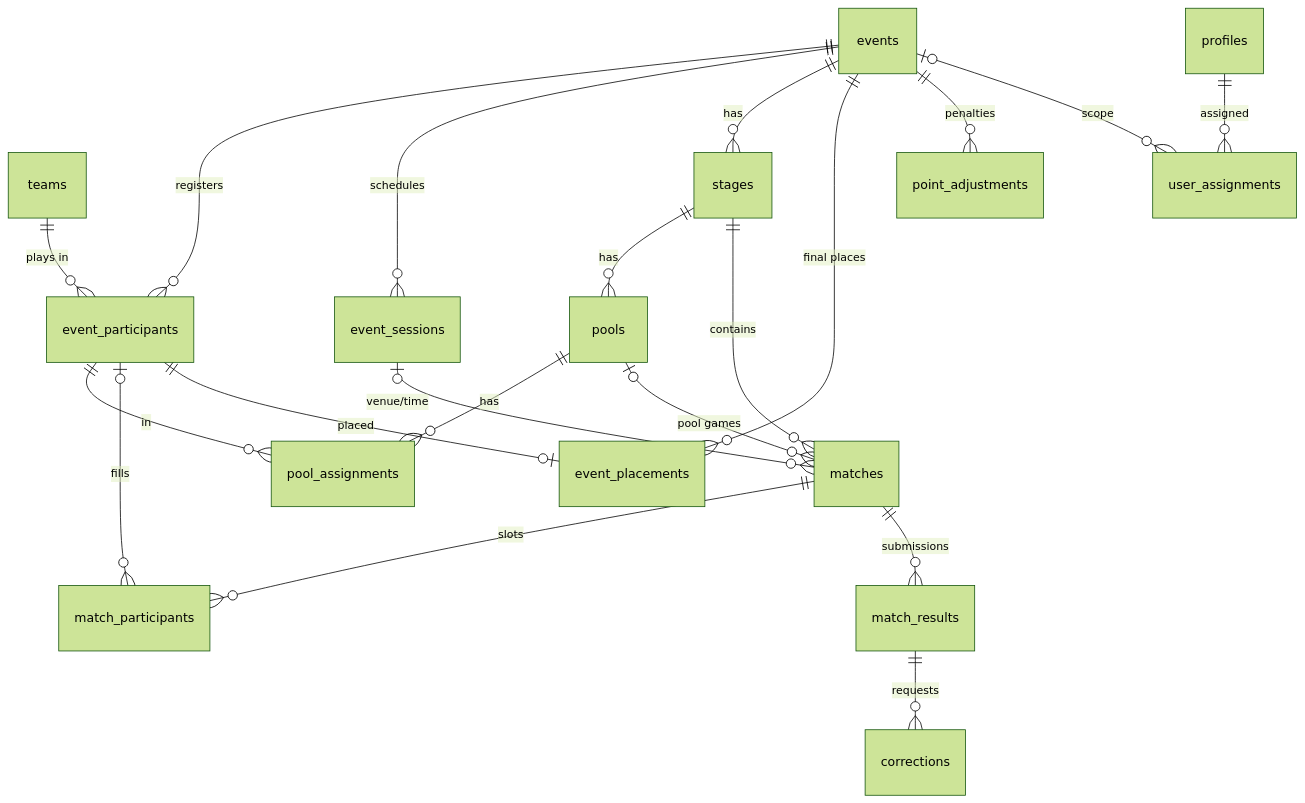
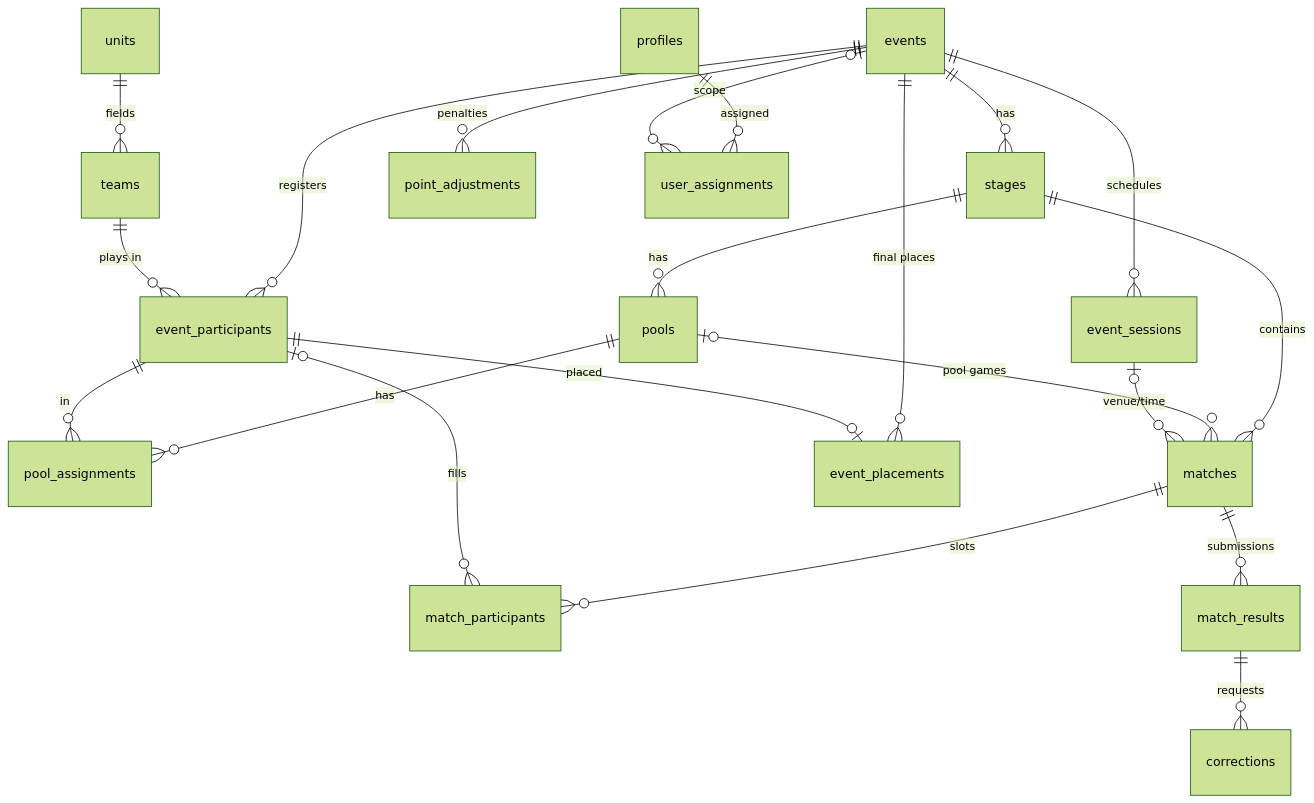
Before and after one commit to CatCode23/scoreTracker: the diagram in docs/DATA_MODEL.md, drawn with Mermaid (forest theme). The commit also changed other lines of this file and 22 other files, not shown here.

````diff
--- a/docs/DATA_MODEL.md
+++ b/docs/DATA_MODEL.md
@@ -8,22 +8,23 @@
 ```mermaid
 erDiagram
+  units ||--o{ teams : fields
   events ||--o{ event_participants : registers
   teams ||--o{ event_participants : "plays in"
   events ||--o{ event_sessions : schedules
   events ||--o{ stages : has
   stages ||--o{ pools : has
   pools ||--o{ pool_assignments : has
   event_participants ||--o{ pool_assignments : in
   stages ||--o{ matches : contains
   pools |o--o{ matches : "pool games"
   event_sessions |o--o{ matches : "venue/time"
   matches ||--o{ match_participants : slots
   event_participants |o--o{ match_participants : fills
   matches ||--o{ match_results : "submissions"
   match_results ||--o{ corrections : "requests"
   events ||--o{ event_placements : "final places"
   event_participants ||--o| event_placements : placed
   events ||--o{ point_adjustments : penalties
   profiles ||--o{ user_assignments : "assigned"
   events |o--o{ user_assignments : scope
 ```
````
